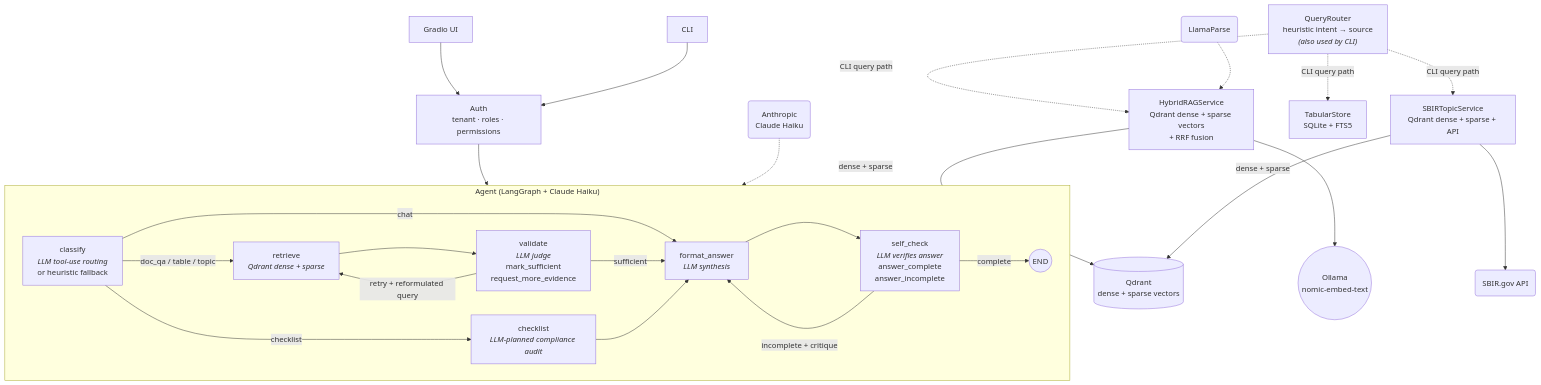
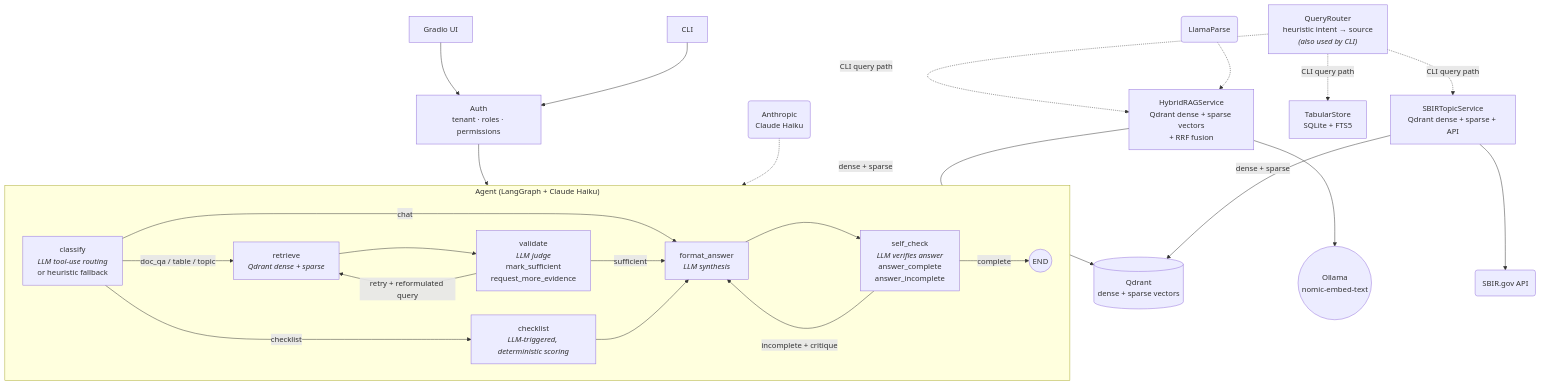
The diagram in README.md (DimasDuran/GovGrant-AI), drawn with Mermaid before and after one commit. The commit also changed other lines of this file, not shown here.

````diff
--- a/README.md
+++ b/README.md
@@ -15,59 +56,59 @@
 ```mermaid
 graph TB
     %% Entry points
     UI["Gradio UI"]
     CLI["CLI"]
 
     %% Auth
     AUTH["Auth<br/>tenant · roles · permissions"]
 
     %% Agent (LangGraph) — full pipeline
     subgraph AGENT["Agent (LangGraph + Claude Haiku)"]
         C["classify<br/><i>LLM tool‑use routing</i><br/>or heuristic fallback"]
         R["retrieve<br/><i>Qdrant dense + sparse</i>"]
         V["validate<br/><i>LLM judge</i><br/>mark_sufficient<br/>request_more_evidence"]
         F["format_answer<br/><i>LLM synthesis</i>"]
         S["self_check<br/><i>LLM verifies answer</i><br/>answer_complete<br/>answer_incomplete"]
-        CK["checklist<br/><i>LLM‑planned compliance audit</i>"]
+        CK["checklist<br/><i>LLM‑triggered, deterministic scoring</i>"]
 
         C -->|doc_qa / table / topic| R
         C -->|checklist| CK
         C -->|chat| F
         R --> V
         V -->|sufficient| F
         V -->|retry + reformulated query| R
         F --> S
         S -->|incomplete + critique| F
         S -->|complete| E
         CK --> F
     end
 
     E(("END"))
 
     %% Router + RAG
     ROUTER["QueryRouter<br/>heuristic intent → source<br/><i>(also used by CLI)</i>"]
     HR["HybridRAGService<br/>Qdrant dense + sparse vectors<br/>+ RRF fusion"]
     SBIR["SBIRTopicService<br/>Qdrant dense + sparse + API"]
     TABULAR["TabularStore<br/>SQLite + FTS5"]
 
     %% External / infra
     QD[(Qdrant<br/>dense + sparse vectors)]
     OLL(("Ollama<br/>nomic-embed-text"))
     LLAMA("LlamaParse")
     ANTH("Anthropic<br/>Claude Haiku")
     SBIRAPI("SBIR.gov API")
 
     %% Flows
     UI --> AUTH
     CLI --> AUTH
     AUTH --> AGENT
     ROUTER -.->|CLI query path| HR
     ROUTER -.->|CLI query path| SBIR
     ROUTER -.->|CLI query path| TABULAR
     HR -->|dense + sparse| QD
     HR --> OLL
     SBIR -->|dense + sparse| QD
     SBIR --> SBIRAPI
     LLAMA -.-> HR
     ANTH -.-> AGENT
 ```
````
